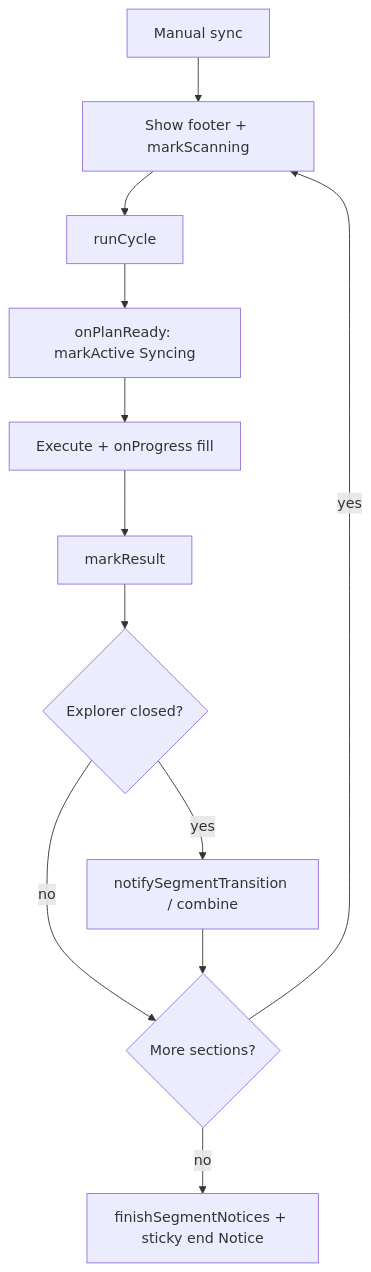
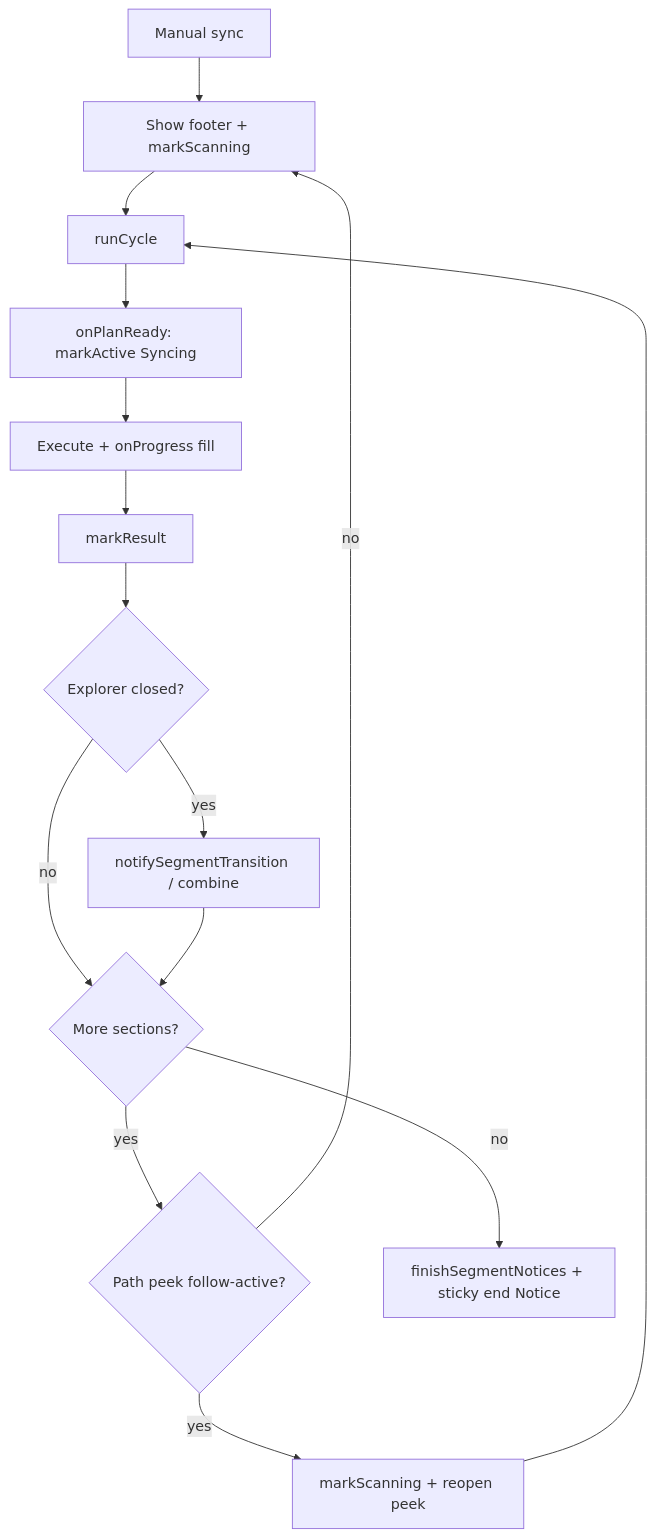
Before and after one commit to daledesilva/obsidian-dropbox-sync: the first of 3 diagrams in docs/manual-sync-section-progress.md, drawn with Mermaid. The commit also changed other lines of this file and 3 other files, not shown here.

Commit message:
updated: Polished the explorer syncing panel so scan fill, path peek, cancel, and minimize chrome match how the footer is used live. Kept count-link clicks stable across progress ticks and carried an open file peek onto the next active segment.

````diff
--- a/docs/manual-sync-section-progress.md
+++ b/docs/manual-sync-section-progress.md
@@ -22,14 +26,17 @@
 ```mermaid
 flowchart TD
   Start[Manual sync] --> Footer[Show footer + markScanning]
   Footer --> Cycle[runCycle]
   Cycle --> PlanReady[onPlanReady: markActive Syncing]
   PlanReady --> Exec[Execute + onProgress fill]
   Exec --> Result[markResult]
   Result --> Notice{Explorer closed?}
   Notice -->|yes| SegNotice[notifySegmentTransition / combine]
   Notice -->|no| Next
   SegNotice --> Next{More sections?}
-  Next -->|yes| Footer
+  Next -->|yes| Follow{Path peek follow-active?}
+  Follow -->|yes| FooterPeek[markScanning + reopen peek]
+  Follow -->|no| Footer
+  FooterPeek --> Cycle
   Next -->|no| Done[finishSegmentNotices + sticky end Notice]
 ```
````
